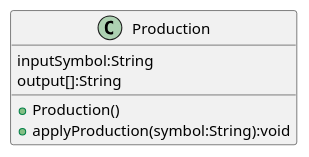
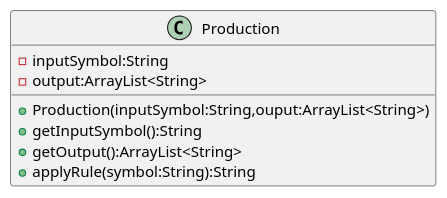
The diagram in FormalLanguagesAutomata/grammar/design/production.puml (MN3141/programming_2024-2025), drawn with PlantUML before and after one commit. The commit also changed 2 other files, not shown here.

Commit message:
Updated design diagrams

```diff
--- a/FormalLanguagesAutomata/grammar/design/production.puml
+++ b/FormalLanguagesAutomata/grammar/design/production.puml
@@ -1,10 +1,14 @@
 @startuml Production class
 
     class Production{
-        inputSymbol:String 
-        output[]:String 
+        
+        -inputSymbol:String 
+        -output:ArrayList<String> 
 
-        +Production()
-        +applyProduction(symbol:String):void
+        +Production(inputSymbol:String,ouput:ArrayList<String>)
+        +getInputSymbol():String
+        +getOutput():ArrayList<String>
+        +applyRule(symbol:String):String
+
     }
 @enduml
```
